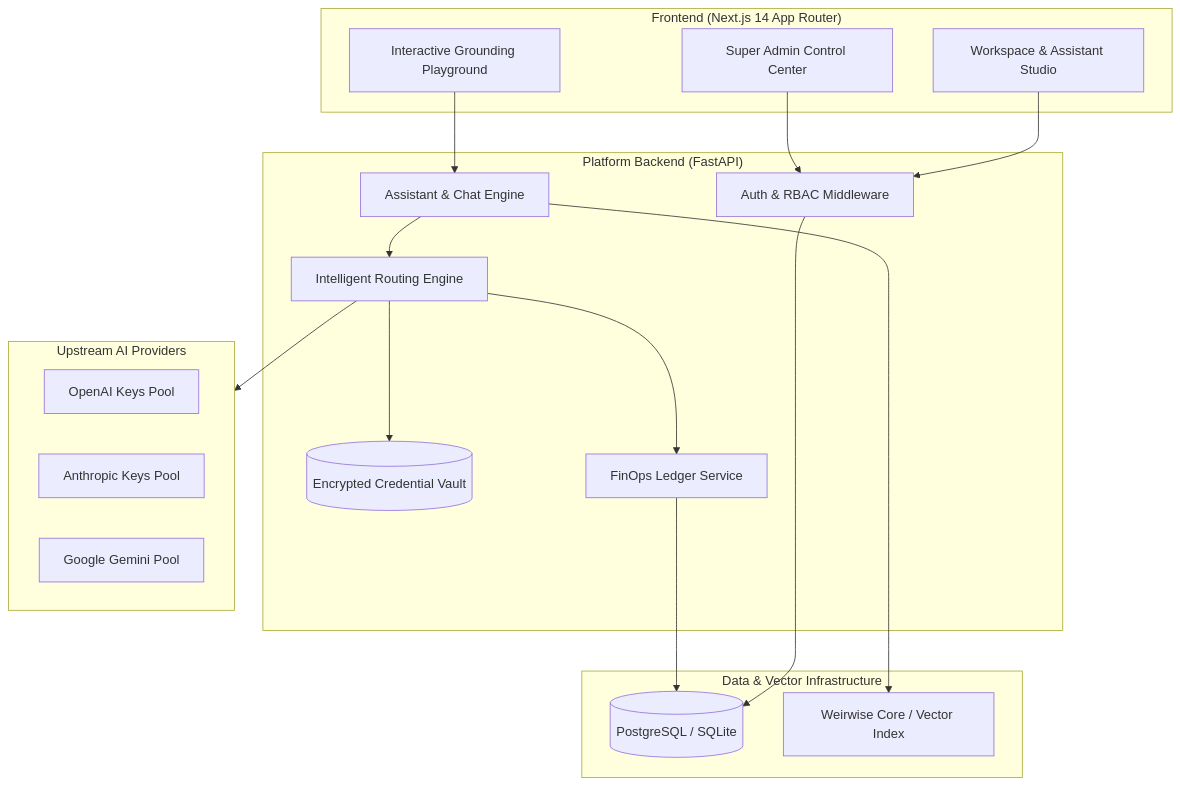
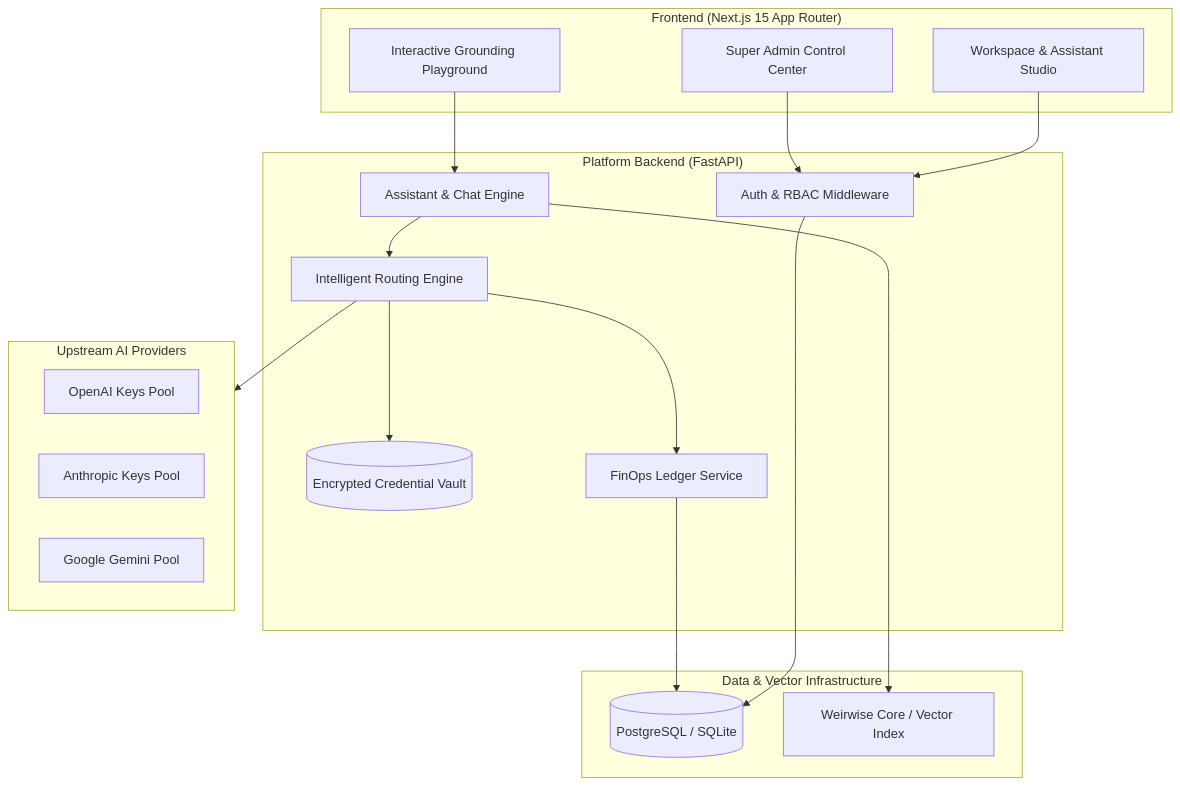
One commit to ansarialireza/weirwise-rag-platform changed the diagram in README.md. Above: the diagram before and after it, drawn with Mermaid. The commit also changed other lines of this file and 16 other files, not shown here.

````diff
--- a/README.md
+++ b/README.md
@@ -38,38 +38,38 @@
 ```mermaid
 flowchart TD
-    subgraph Client["Frontend (Next.js 14 App Router)"]
+    subgraph Client["Frontend (Next.js 15 App Router)"]
         UI[Workspace & Assistant Studio]
         Playground[Interactive Grounding Playground]
         Admin[Super Admin Control Center]
     end
 
     subgraph API["Platform Backend (FastAPI)"]
         Auth[Auth & RBAC Middleware]
         Assistants[Assistant & Chat Engine]
         Router[Intelligent Routing Engine]
         Vault[(Encrypted Credential Vault)]
         FinOps[FinOps Ledger Service]
     end
 
     subgraph LLMPools["Upstream AI Providers"]
         OpenAI[OpenAI Keys Pool]
         Anthropic[Anthropic Keys Pool]
         Gemini[Google Gemini Pool]
     end
 
     subgraph Storage["Data & Vector Infrastructure"]
         PG[(PostgreSQL / SQLite)]
         Core[Weirwise Core / Vector Index]
     end
 
     UI --> Auth
     Playground --> Assistants
     Admin --> Auth
     Auth --> PG
     Assistants --> Core
     Assistants --> Router
     Router --> Vault
     Router --> LLMPools
     Router --> FinOps
     FinOps --> PG
 ```
````
